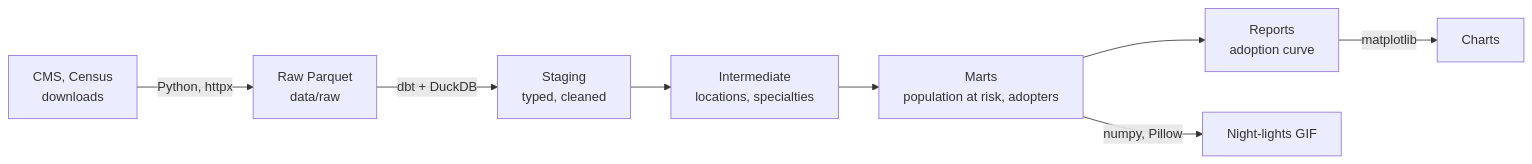
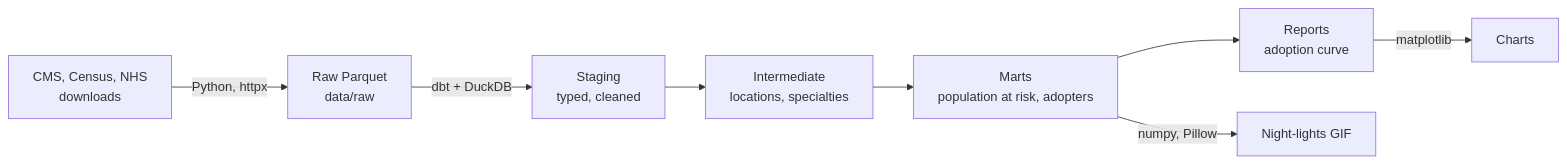
One commit to MyreLab/semaglutide-spread changed the diagram in README.md. Above: the diagram before and after it, drawn with Mermaid. The commit also changed other lines of this file, not shown here.

````diff
--- a/README.md
+++ b/README.md
@@ -85,10 +130,10 @@
 ```mermaid
 flowchart LR
-    A[CMS, Census<br>downloads] -->|Python, httpx| B[Raw Parquet<br>data/raw]
+    A[CMS, Census, NHS<br>downloads] -->|Python, httpx| B[Raw Parquet<br>data/raw]
     B -->|dbt + DuckDB| C[Staging<br>typed, cleaned]
     C --> D[Intermediate<br>locations, specialties]
     D --> E[Marts<br>population at risk, adopters]
     E --> F[Reports<br>adoption curve]
     E -->|numpy, Pillow| G[Night-lights GIF]
     F -->|matplotlib| H[Charts]
 ```
````
